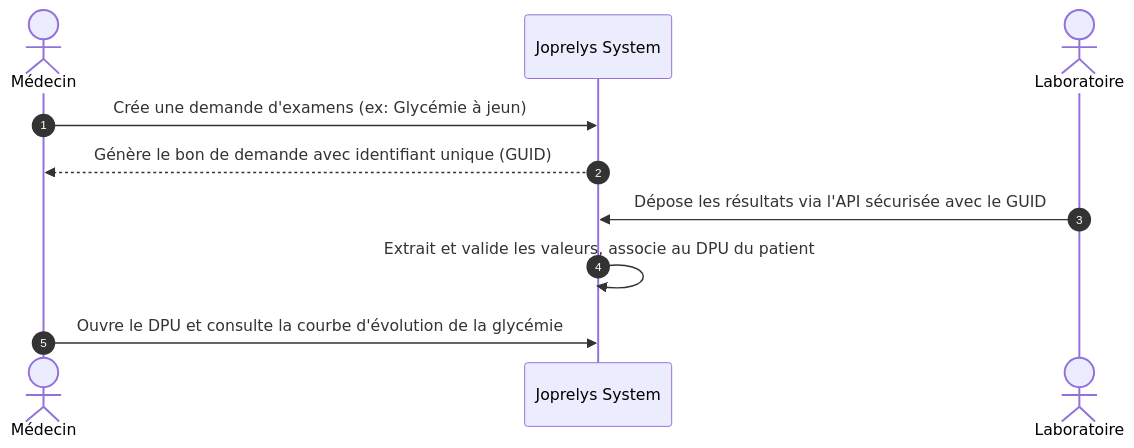
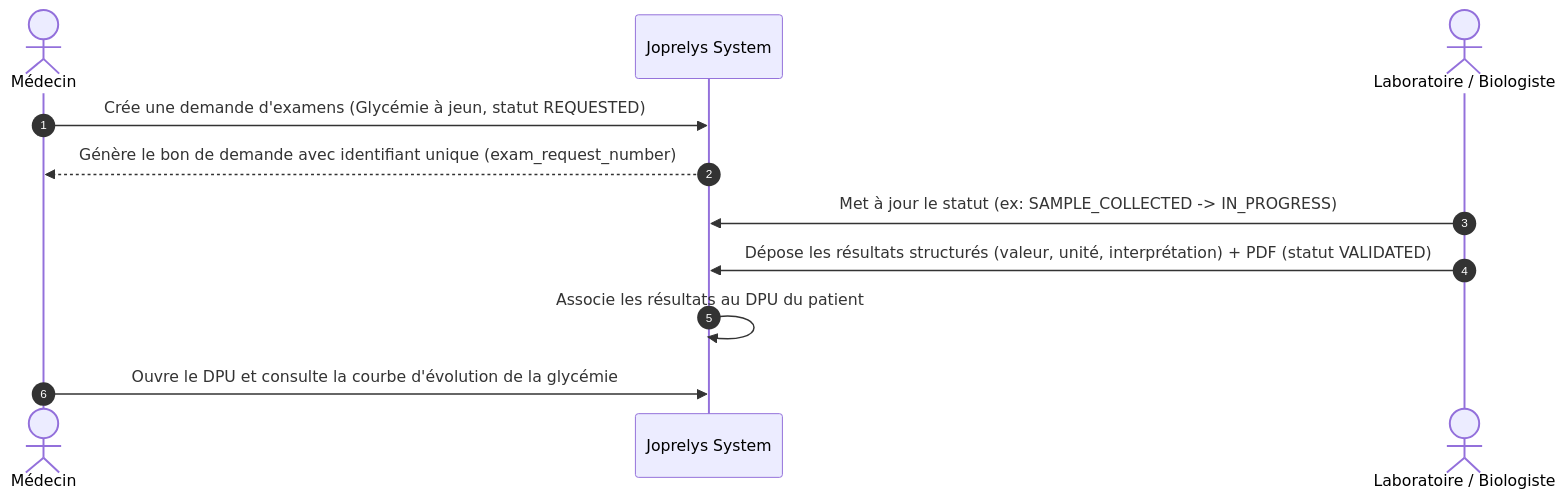
The diagram in docs/features/lab-integration/FUNCTIONAL-SPEC.md (fomekong-jocelin/joprelys-connect), drawn with Mermaid before and after one commit. The commit also changed other lines of this file and 4 other files, not shown here.

````diff
--- a/docs/features/lab-integration/FUNCTIONAL-SPEC.md
+++ b/docs/features/lab-integration/FUNCTIONAL-SPEC.md
@@ -40,13 +55,14 @@
 ```mermaid
 sequenceDiagram
     autonumber
     actor M as Médecin
     participant S as Joprelys System
-    actor L as Laboratoire
+    actor L as Laboratoire / Biologiste
     
-    M->>S: Crée une demande d'examens (ex: Glycémie à jeun)
-    S-->>M: Génère le bon de demande avec identifiant unique (GUID)
-    L->>S: Dépose les résultats via l'API sécurisée avec le GUID
-    S->>S: Extrait et valide les valeurs, associe au DPU du patient
+    M->>S: Crée une demande d'examens (Glycémie à jeun, statut REQUESTED)
+    S-->>M: Génère le bon de demande avec identifiant unique (exam_request_number)
+    L->>S: Met à jour le statut (ex: SAMPLE_COLLECTED -> IN_PROGRESS)
+    L->>S: Dépose les résultats structurés (valeur, unité, interprétation) + PDF (statut VALIDATED)
+    S->>S: Associe les résultats au DPU du patient
     M->>S: Ouvre le DPU et consulte la courbe d'évolution de la glycémie
 ```
````
